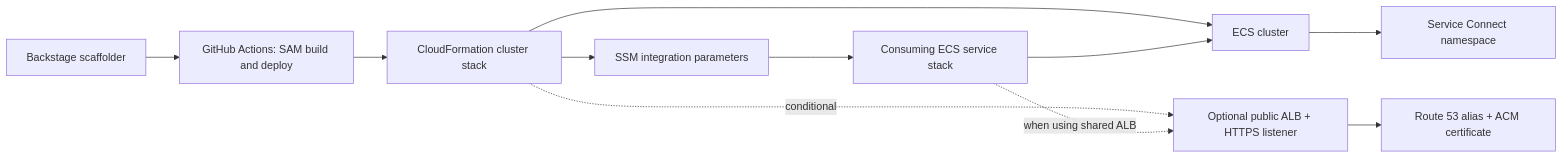
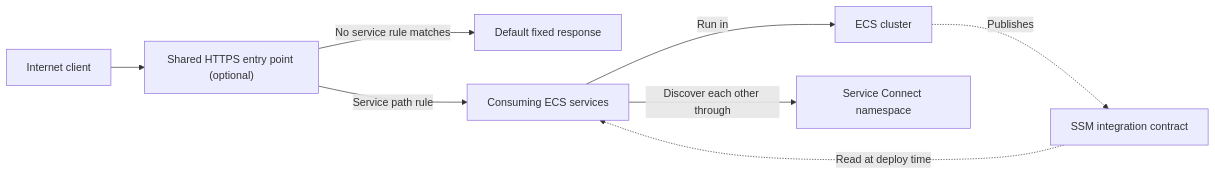
The first of 4 diagrams in cluster/skeleton/docs/handbook/04-architecture.md (ServerlessOpsIO/backstage-aws-sam-ecs-template), drawn with Mermaid before and after one commit. The commit also changed other lines of this file and 21 other files, not shown here.

````diff
--- a/cluster/skeleton/docs/handbook/04-architecture.md
+++ b/cluster/skeleton/docs/handbook/04-architecture.md
@@ -18,22 +22,18 @@
 ```mermaid
 flowchart LR
-    Scaffold["Backstage scaffolder"]
-    Workflow["GitHub Actions: SAM build and deploy"]
-    Stack["CloudFormation cluster stack"]
+    Client["Internet client"]
+    Entry["Shared HTTPS entry point (optional)"]
+    Default["Default fixed response"]
     Cluster["ECS cluster"]
     Namespace["Service Connect namespace"]
-    ALB["Optional public ALB + HTTPS listener"]
-    DNS["Route 53 alias + ACM certificate"]
-    Params["SSM integration parameters"]
-    Service["Consuming ECS service stack"]
+    Contract["SSM integration contract"]
+    Services["Consuming ECS services"]
 
-    Scaffold --> Workflow --> Stack
-    Stack --> Cluster
-    Cluster --> Namespace
-    Stack -. conditional .-> ALB
-    ALB --> DNS
-    Stack --> Params
-    Params --> Service
-    Service --> Cluster
-    Service -. when using shared ALB .-> ALB
+    Client --> Entry
+    Entry -->|"No service rule matches"| Default
+    Entry -->|"Service path rule"| Services
+    Services -->|"Run in"| Cluster
+    Services -->|"Discover each other through"| Namespace
+    Contract -.->|"Read at deploy time"| Services
+    Cluster -.->|"Publishes"| Contract
 ```
````
